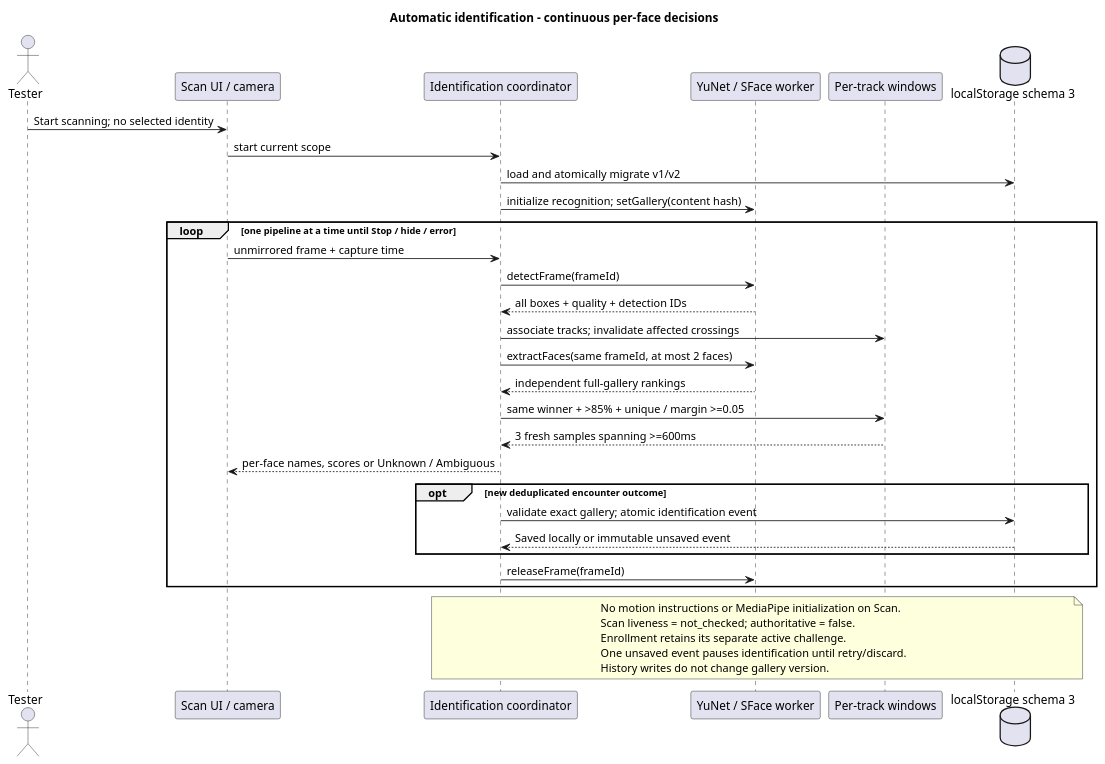
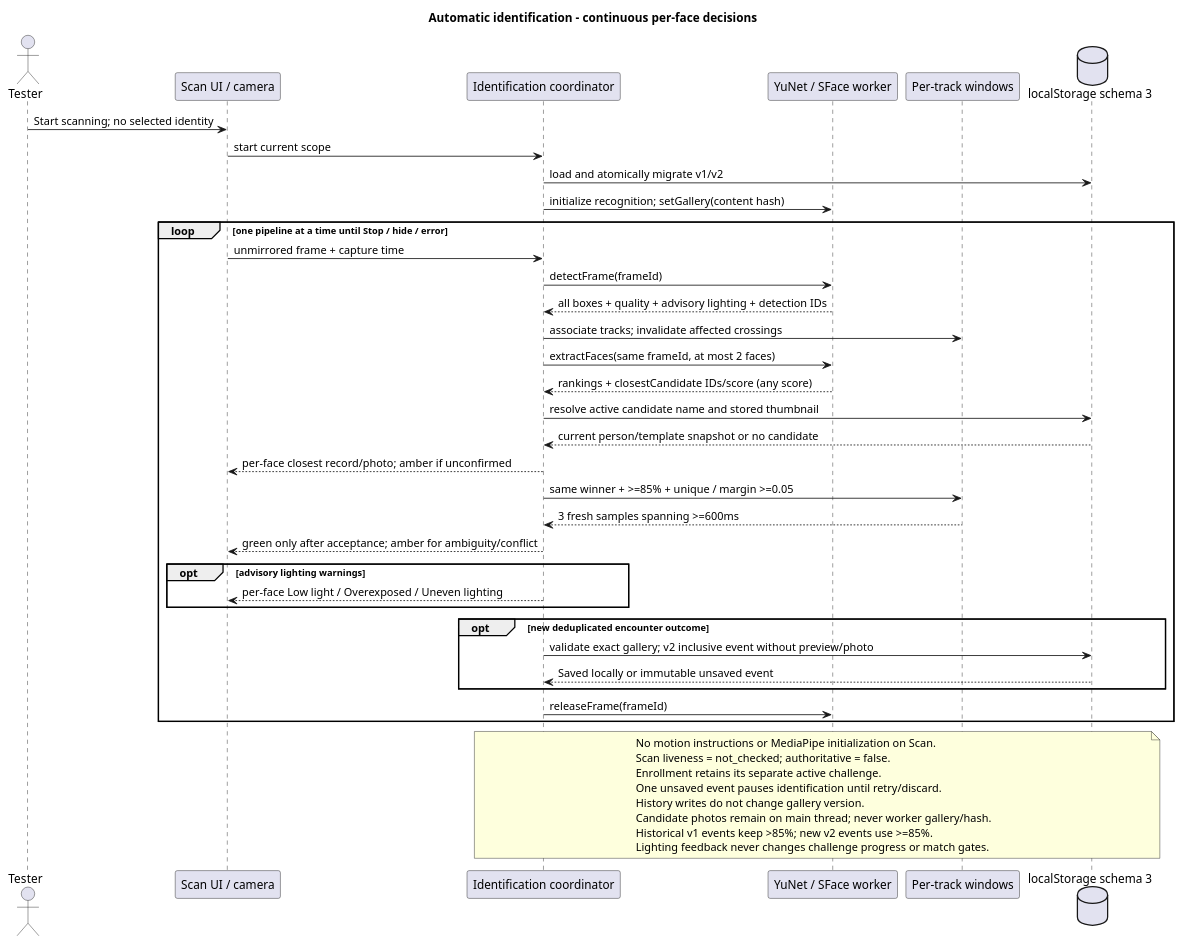
One commit to pixelDigitTony/face-recog-prototype changed the eighth of 8 diagrams in docs/STK_FACE_RECOGNITION_PROTOTYPE_UML.puml. Above: the diagram before and after it, drawn with PlantUML. The commit also changed 24 other files, not shown here.

```diff
--- a/docs/STK_FACE_RECOGNITION_PROTOTYPE_UML.puml
+++ b/docs/STK_FACE_RECOGNITION_PROTOTYPE_UML.puml
@@ -514,37 +514,46 @@
 @startuml stk_automatic_identification
 title Automatic identification - continuous per-face decisions
 skinparam shadowing false
 actor Tester
 participant "Scan UI / camera" as UI
 participant "Identification coordinator" as Scan
 participant "YuNet / SFace worker" as Worker
 participant "Per-track windows" as Tracks
 database "localStorage schema 3" as DB
 Tester -> UI : Start scanning; no selected identity
 UI -> Scan : start current scope
 Scan -> DB : load and atomically migrate v1/v2
 Scan -> Worker : initialize recognition; setGallery(content hash)
 loop one pipeline at a time until Stop / hide / error
   UI -> Scan : unmirrored frame + capture time
   Scan -> Worker : detectFrame(frameId)
-  Worker --> Scan : all boxes + quality + detection IDs
+  Worker --> Scan : all boxes + quality + advisory lighting + detection IDs
   Scan -> Tracks : associate tracks; invalidate affected crossings
   Scan -> Worker : extractFaces(same frameId, at most 2 faces)
-  Worker --> Scan : independent full-gallery rankings
-  Scan -> Tracks : same winner + >85% + unique / margin >=0.05
+  Worker --> Scan : rankings + closestCandidate IDs/score (any score)
+  Scan -> DB : resolve active candidate name and stored thumbnail
+  DB --> Scan : current person/template snapshot or no candidate
+  Scan --> UI : per-face closest record/photo; amber if unconfirmed
+  Scan -> Tracks : same winner + >=85% + unique / margin >=0.05
   Tracks --> Scan : 3 fresh samples spanning >=600ms
-  Scan --> UI : per-face names, scores or Unknown / Ambiguous
+  Scan --> UI : green only after acceptance; amber for ambiguity/conflict
+  opt advisory lighting warnings
+    Scan --> UI : per-face Low light / Overexposed / Uneven lighting
+  end
   opt new deduplicated encounter outcome
-    Scan -> DB : validate exact gallery; atomic identification event
+    Scan -> DB : validate exact gallery; v2 inclusive event without preview/photo
     DB --> Scan : Saved locally or immutable unsaved event
   end
   Scan -> Worker : releaseFrame(frameId)
 end
 note over Scan, DB
   No motion instructions or MediaPipe initialization on Scan.
   Scan liveness = not_checked; authoritative = false.
   Enrollment retains its separate active challenge.
   One unsaved event pauses identification until retry/discard.
   History writes do not change gallery version.
+  Candidate photos remain on main thread; never worker gallery/hash.
+  Historical v1 events keep >85%; new v2 events use >=85%.
+  Lighting feedback never changes challenge progress or match gates.
 end note
 @enduml
```
